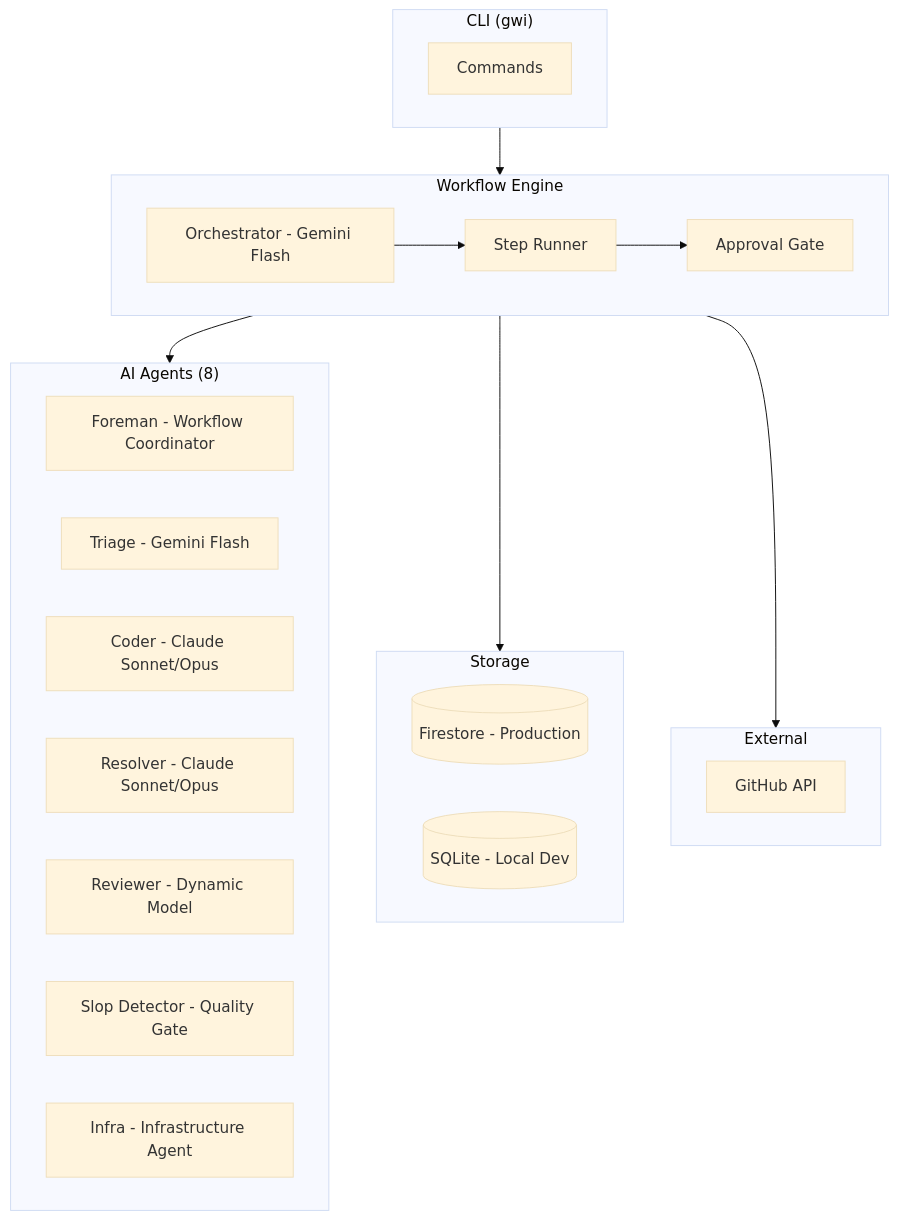
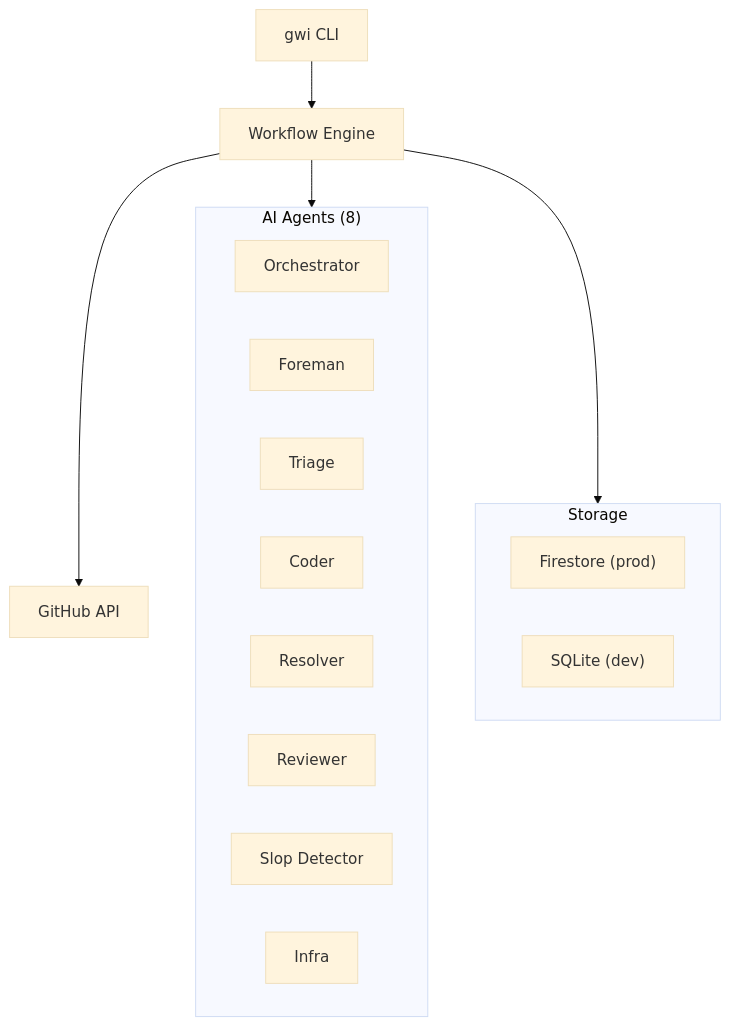
One commit to intent-solutions-io/iam-git-with-intent changed the first of 3 diagrams in README.md. Above: the diagram before and after it, drawn with Mermaid (base theme). The commit also changed other lines of this file and 1 other file, not shown here.

````diff
--- a/README.md
+++ b/README.md
@@ -287,39 +65,18 @@
 ```mermaid
 flowchart TB
-    subgraph CLI["CLI (gwi)"]
-        commands[Commands]
+    CLI["gwi CLI"] --> Engine["Workflow Engine"]
+    Engine --> Agents
+    Engine --> Storage
+    Engine --> GH["GitHub API"]
+
+    subgraph Agents["AI Agents (8)"]
+        direction LR
+        A1["Orchestrator"] & A2["Foreman"] & A3["Triage"] & A4["Coder"]
+        A5["Resolver"] & A6["Reviewer"] & A7["Slop Detector"] & A8["Infra"]
     end
 
-    subgraph Engine["Workflow Engine"]
-        orchestrator[Orchestrator]
-        runner[Step Runner]
-        approval[Approval Gate]
+    subgraph Storage
+        Firestore["Firestore (prod)"]
+        SQLite["SQLite (dev)"]
     end
-
-    subgraph Agents["AI Agents (8)"]
-        orchestrator[Orchestrator - Gemini Flash]
-        foreman[Foreman - Workflow Coordinator]
-        triage[Triage - Gemini Flash]
-        coder[Coder - Claude Sonnet/Opus]
-        resolver[Resolver - Claude Sonnet/Opus]
-        reviewer[Reviewer - Dynamic Model]
-        slop[Slop Detector - Quality Gate]
-        infra_agent[Infra - Infrastructure Agent]
-    end
-
-    subgraph Storage["Storage"]
-        firestore[(Firestore - Production)]
-        sqlite[(SQLite - Local Dev)]
-    end
-
-    subgraph External["External"]
-        github[GitHub API]
-    end
-
-    CLI --> Engine
-    Engine --> Agents
-    Engine --> Storage
-    Engine --> External
-    orchestrator --> runner
-    runner --> approval
 ```
````
